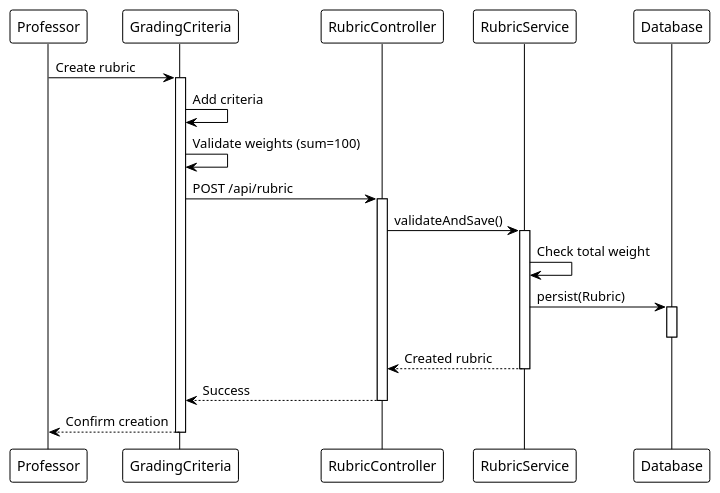
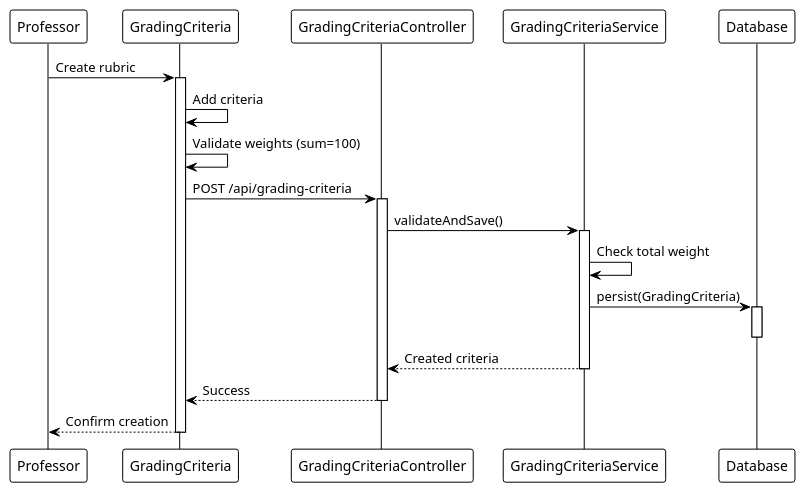
One commit to lawas-tess/SPMP-Evaluator changed the fourth of 8 diagrams in Capstone Files/Module4.md. Above: the diagram before and after it, drawn with PlantUML. The commit also changed other lines of this file and 8 other files, not shown here.

Commit message:
Add AI integration architecture docs, PlantUML diagrams, and presentation script; Update modules with hybrid AI approach; Switch to Amazon Nova model with timeout protection

````diff
--- a/Capstone Files/Module4.md
+++ b/Capstone Files/Module4.md
@@ -544,29 +548,29 @@
 ```plantuml
 @startuml CustomRubric_Sequence
 !theme plain
 participant "Professor" as Prof
 participant "GradingCriteria" as UI
-participant "RubricController" as Ctrl
-participant "RubricService" as Service
+participant "GradingCriteriaController" as Ctrl
+participant "GradingCriteriaService" as Service
 participant "Database" as DB
 
 Prof -> UI: Create rubric
 activate UI
 UI -> UI: Add criteria
 UI -> UI: Validate weights (sum=100)
-UI -> Ctrl: POST /api/rubric
+UI -> Ctrl: POST /api/grading-criteria
 activate Ctrl
 Ctrl -> Service: validateAndSave()
 activate Service
 Service -> Service: Check total weight
-Service -> DB: persist(Rubric)
+Service -> DB: persist(GradingCriteria)
 activate DB
 deactivate DB
-Service --> Ctrl: Created rubric
+Service --> Ctrl: Created criteria
 deactivate Service
 Ctrl --> UI: Success
 deactivate Ctrl
 UI --> Prof: Confirm creation
 deactivate UI
 @enduml
 ```
````
